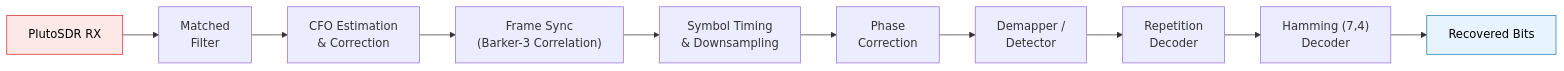
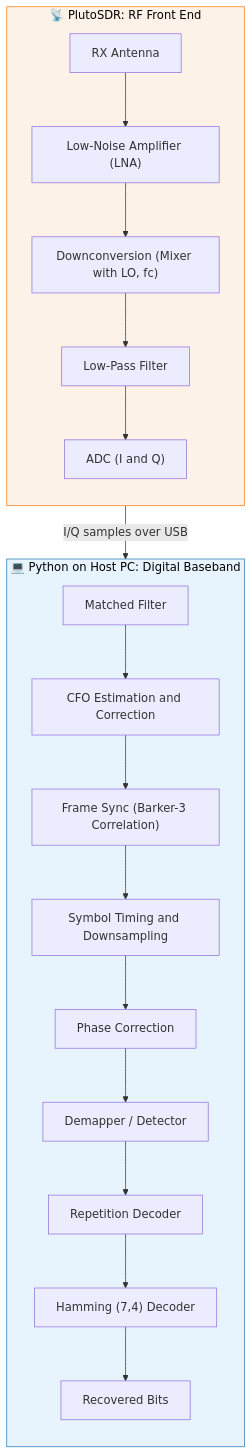
The second of 2 diagrams in README.md (ratnawatlove-wq/python-sdr-transceiver), drawn with Mermaid before and after one commit. The commit also changed other lines of this file, not shown here.

Commit message:
Modified Diagram in readme

````diff
--- a/README.md
+++ b/README.md
@@ -53,15 +68,27 @@
 ```mermaid
-flowchart LR
-    H["PlutoSDR RX"] --> I["Matched<br/>Filter"]
-    I --> J["CFO Estimation<br/>& Correction"]
-    J --> K["Frame Sync<br/>(Barker-3 Correlation)"]
-    K --> L["Symbol Timing<br/>& Downsampling"]
-    L --> M["Phase<br/>Correction"]
-    M --> N["Demapper /<br/>Detector"]
-    N --> O["Repetition<br/>Decoder"]
-    O --> P["Hamming (7,4)<br/>Decoder"]
-    P --> Q["Recovered Bits"]
+flowchart TB
+    subgraph PLUTO["📡 PlutoSDR: RF Front End"]
+        direction TB
+        M["RX Antenna"] --> N["Low-Noise Amplifier (LNA)"]
+        N --> O["Downconversion (Mixer with LO, fc)"]
+        O --> P["Low-Pass Filter"]
+        P --> Q["ADC (I and Q)"]
+    end
 
-    style H fill:#fde8e8,stroke:#d62728,color:#000
-    style Q fill:#e8f4fd,stroke:#1f77b4,color:#000
+    subgraph HOST["💻 Python on Host PC: Digital Baseband"]
+        direction TB
+        R["Matched Filter"] --> S["CFO Estimation and Correction"]
+        S --> T["Frame Sync (Barker-3 Correlation)"]
+        T --> U["Symbol Timing and Downsampling"]
+        U --> V["Phase Correction"]
+        V --> W["Demapper / Detector"]
+        W --> X["Repetition Decoder"]
+        X --> Y["Hamming (7,4) Decoder"]
+        Y --> Z["Recovered Bits"]
+    end
+
+    Q -->|"I/Q samples over USB"| R
+
+    style HOST fill:#e8f4fd,stroke:#1f77b4,color:#000
+    style PLUTO fill:#fdf2e8,stroke:#ff7f0e,color:#000
 ```
````
